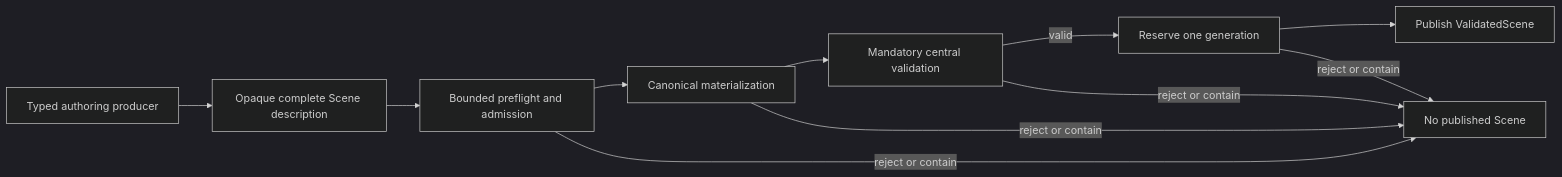
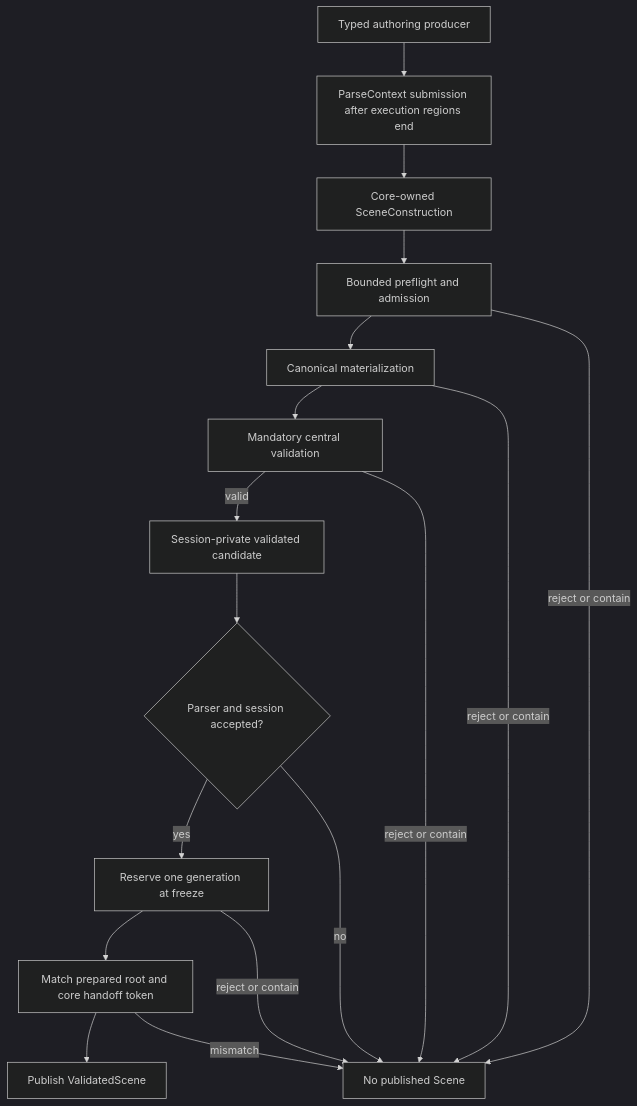
The diagram in docs/adr/0045-canonical-scene-ownership-construction-and-generation.md (Latias94/baozi), drawn with Mermaid (dark theme) before and after one commit. The commit also changed other lines of this file and 202 other files, not shown here.

````diff
--- a/docs/adr/0045-canonical-scene-ownership-construction-and-generation.md
+++ b/docs/adr/0045-canonical-scene-ownership-construction-and-generation.md
@@ -87,13 +91,19 @@
 ```mermaid
-flowchart LR
-    Producer[Typed authoring producer] --> Description[Opaque complete Scene description]
+flowchart TB
+    Producer[Typed authoring producer] --> Submit[ParseContext submission after execution regions end]
+    Submit --> Description[Core-owned SceneConstruction]
     Description --> Preflight[Bounded preflight and admission]
     Preflight --> Materialize[Canonical materialization]
     Materialize --> Validate[Mandatory central validation]
-    Validate -->|valid| Generation[Reserve one generation]
-    Generation --> Publish[Publish ValidatedScene]
+    Validate -->|valid| Candidate[Session-private validated candidate]
+    Candidate --> Accept{Parser and session accepted?}
+    Accept -->|yes| Generation[Reserve one generation at freeze]
+    Generation --> Pair[Match prepared root and core handoff token]
+    Pair --> Publish[Publish ValidatedScene]
     Preflight -->|reject or contain| Failure[No published Scene]
     Materialize -->|reject or contain| Failure
     Validate -->|reject or contain| Failure
+    Accept -->|no| Failure
     Generation -->|reject or contain| Failure
+    Pair -->|mismatch| Failure
 ```
````
